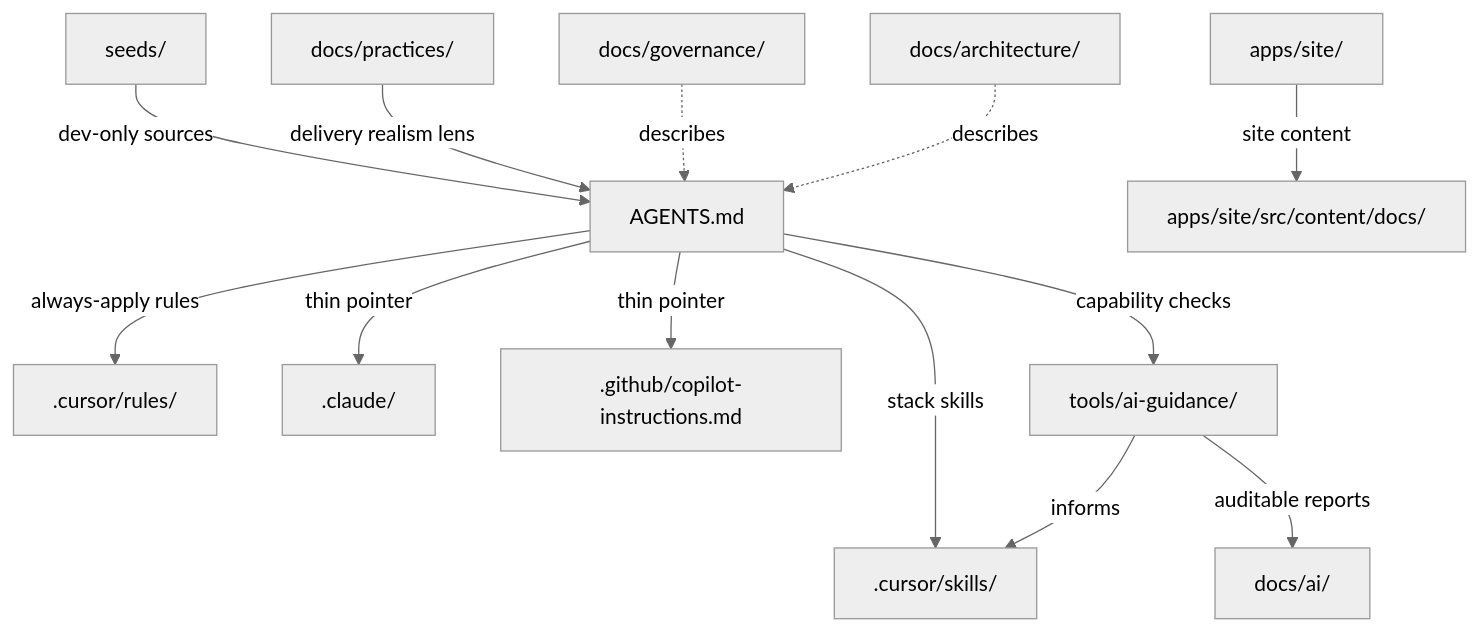
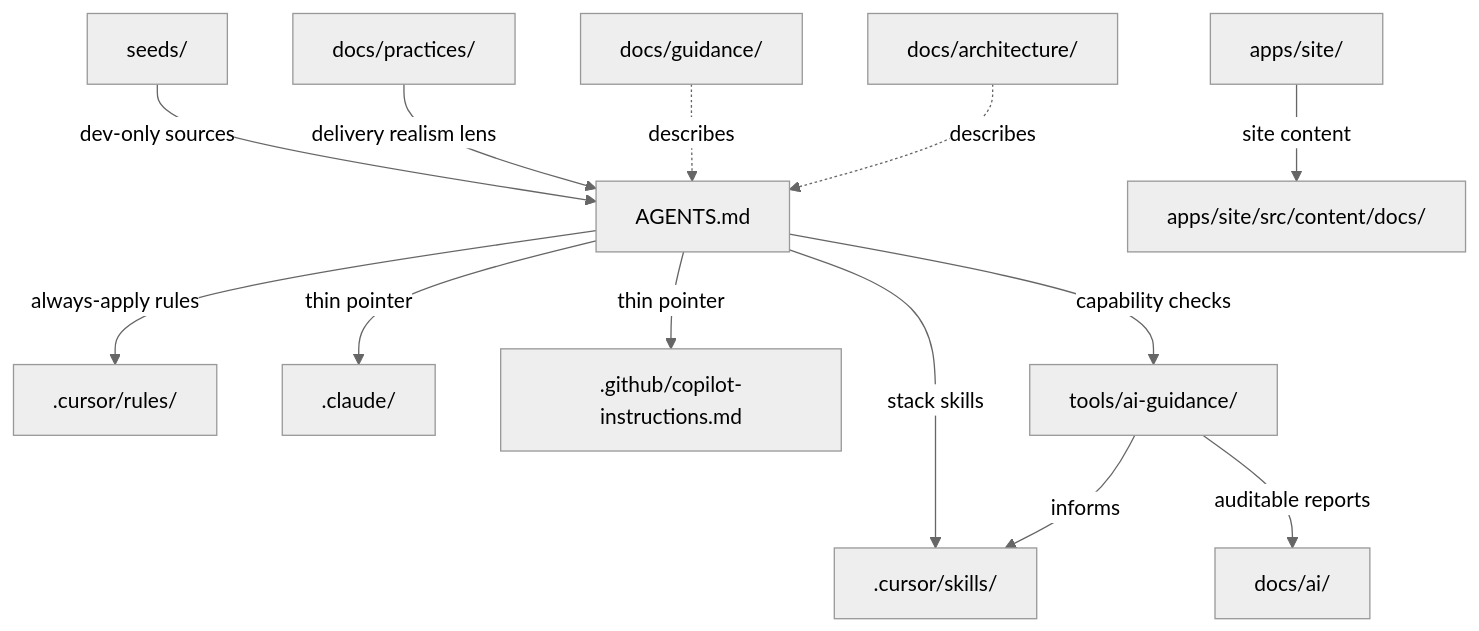
One commit to Mikeys-Tech-Lab/poc changed the diagram in docs/architecture/workspace.md. Above: the diagram before and after it, drawn with Mermaid (neutral theme). The commit also changed other lines of this file and 4 other files, not shown here.

First line of the commit message:
refactor(ai): rename docs/governance to docs/guidance

````diff
--- a/docs/architecture/workspace.md
+++ b/docs/architecture/workspace.md
@@ -23,19 +23,19 @@
 ```mermaid
 flowchart TD
   Seeds[seeds/] -->|"dev-only sources"| Agents[AGENTS.md]
   Lens["docs/practices/"] -->|"delivery realism lens"| Agents
 
   Agents -->|"always-apply rules"| CursorRules[.cursor/rules/]
   Agents -->|"stack skills"| CursorSkills[.cursor/skills/]
   Agents -->|"thin pointer"| Claude[.claude/]
   Agents -->|"thin pointer"| Copilot[.github/copilot-instructions.md]
 
   Agents -->|"capability checks"| Tooling[tools/ai-guidance/]
   Tooling -->|"auditable reports"| DocsAI[docs/ai/]
   Tooling -->|"informs"| CursorSkills
 
-  Governance[docs/governance/] -.->|"describes"| Agents
+  Guidance[docs/guidance/] -.->|"describes"| Agents
   Architecture[docs/architecture/] -.->|"describes"| Agents
 
   AstroSite[apps/site/] -->|"site content"| SiteDocs["apps/site/src/content/docs/"]
 ```
````
